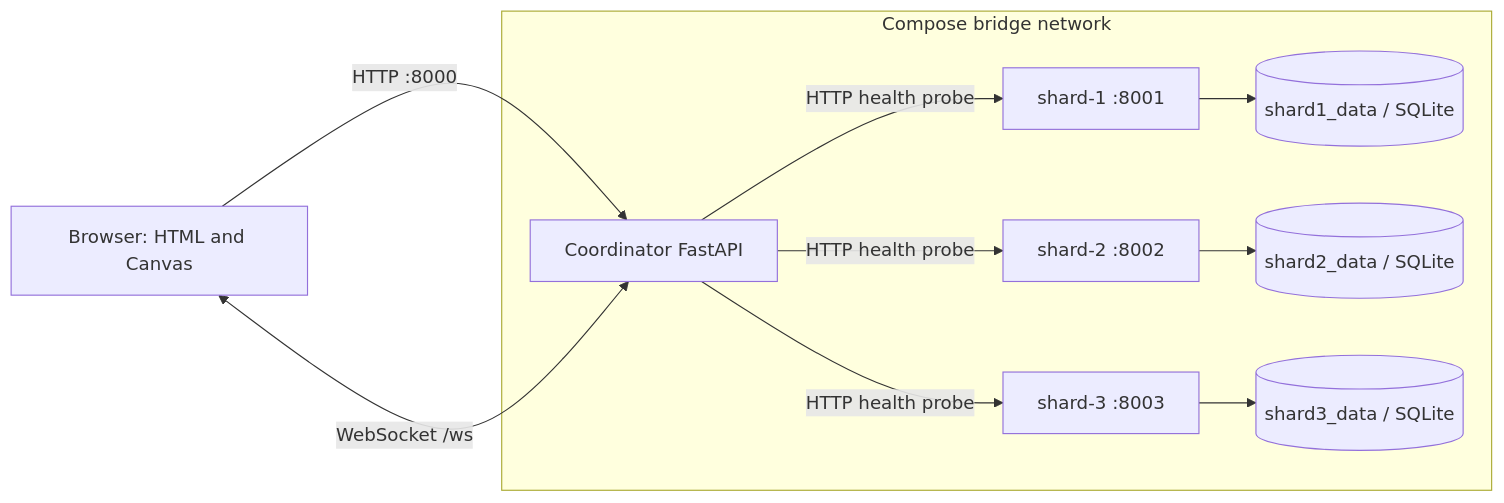
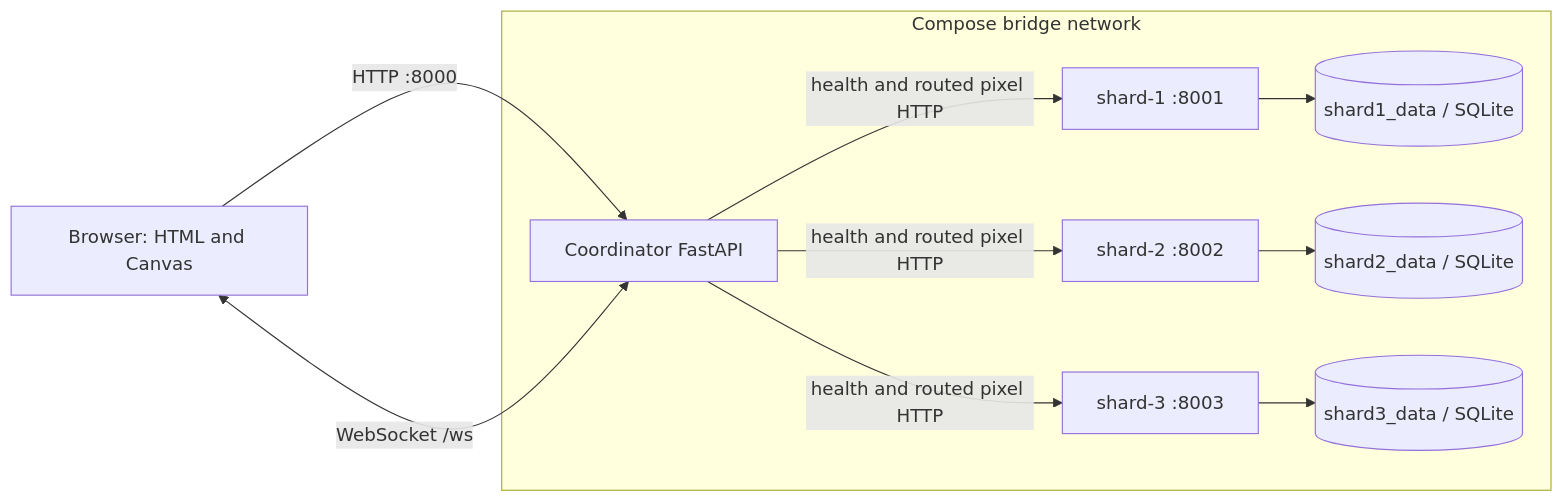
Before and after one commit to Vidur-Shah04/Collaborative-Pixel-Canvas: the diagram in ARCHITECTURE.md, drawn with Mermaid. The commit also changed other lines of this file and 17 other files, not shown here.

````diff
--- a/ARCHITECTURE.md
+++ b/ARCHITECTURE.md
@@ -5,13 +5,13 @@
 ```mermaid
 flowchart LR
     Browser[Browser: HTML and Canvas] -->|HTTP :8000| Coordinator[Coordinator FastAPI]
     Browser <-->|WebSocket /ws| Coordinator
     subgraph canvas-net[Compose bridge network]
-        Coordinator -->|HTTP health probe| Shard1[shard-1 :8001]
-        Coordinator -->|HTTP health probe| Shard2[shard-2 :8002]
-        Coordinator -->|HTTP health probe| Shard3[shard-3 :8003]
+        Coordinator -->|health and routed pixel HTTP| Shard1[shard-1 :8001]
+        Coordinator -->|health and routed pixel HTTP| Shard2[shard-2 :8002]
+        Coordinator -->|health and routed pixel HTTP| Shard3[shard-3 :8003]
         Shard1 --> Vol1[(shard1_data / SQLite)]
         Shard2 --> Vol2[(shard2_data / SQLite)]
         Shard3 --> Vol3[(shard3_data / SQLite)]
     end
 ```
````
